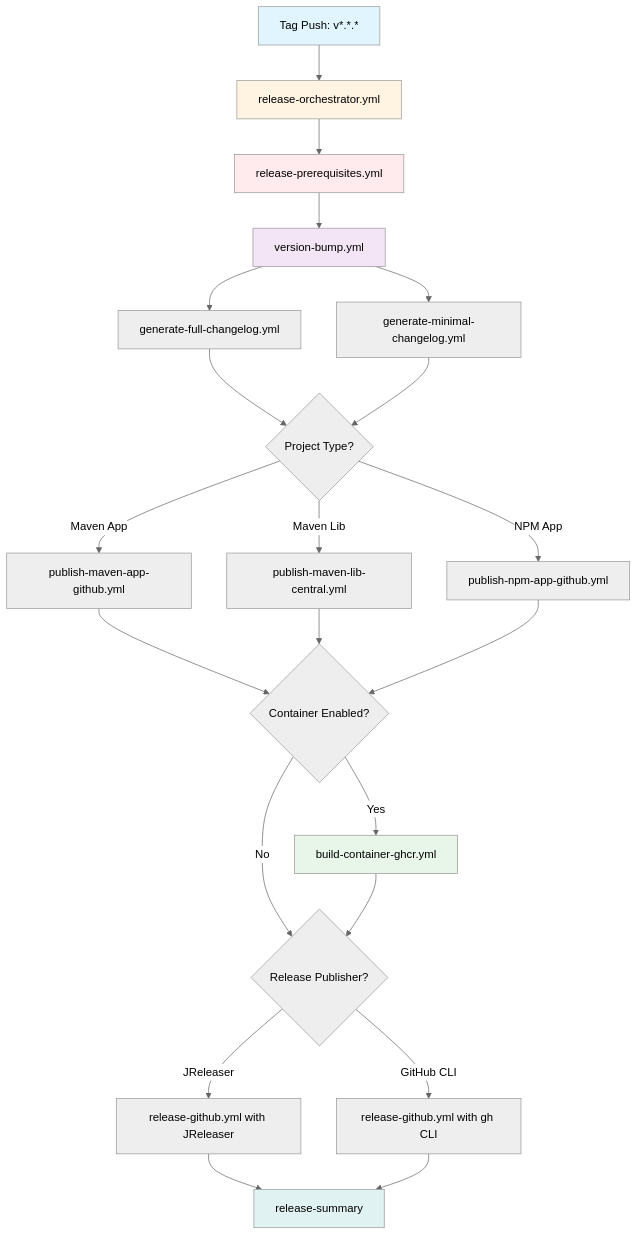
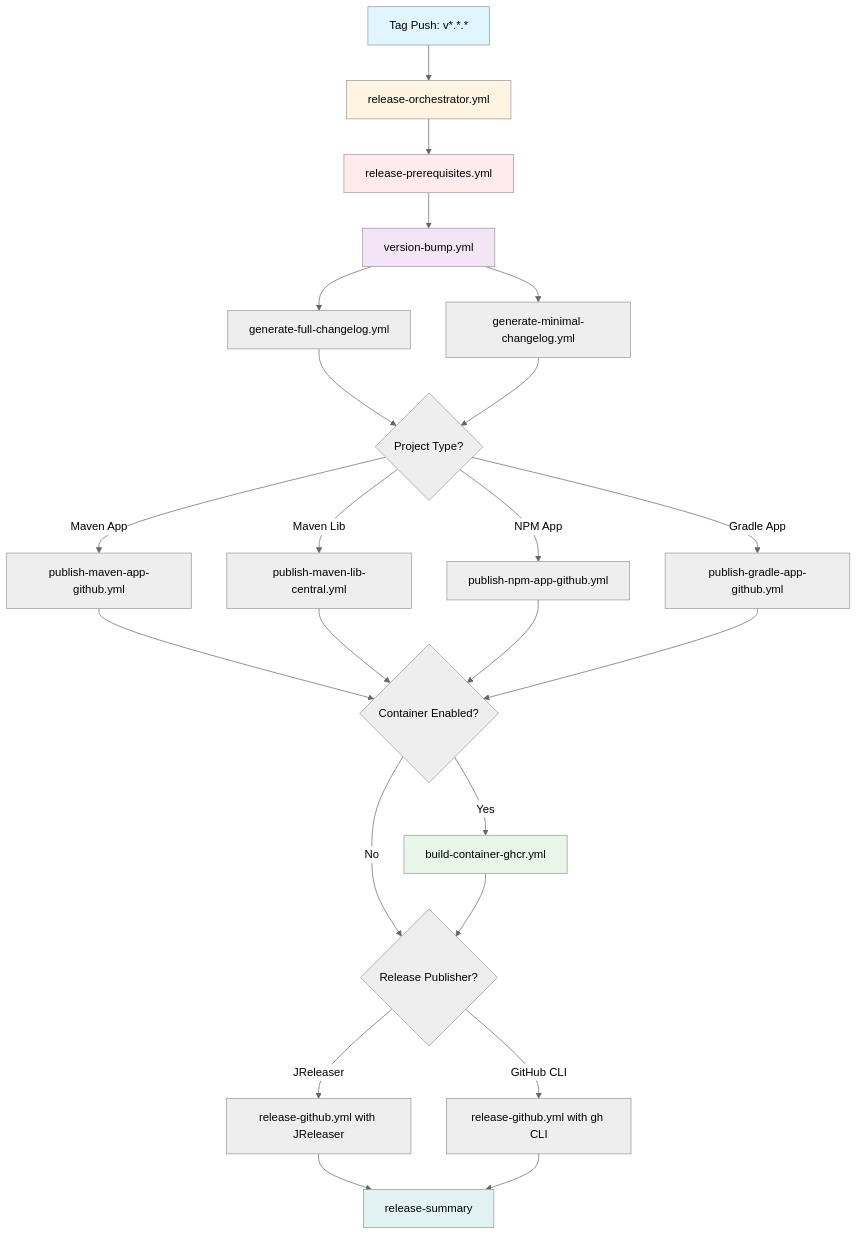
The second of 5 diagrams in docs/workflows.md (diggsweden/reusable-ci), drawn with Mermaid (neutral theme) before and after one commit. The commit also changed other lines of this file and 3 other files, not shown here.

````diff
--- a/docs/workflows.md
+++ b/docs/workflows.md
@@ -42,35 +42,37 @@
 ```mermaid
 graph TD
     A[Tag Push: v*.*.* ] --> B[release-orchestrator.yml]
     B --> C[release-prerequisites.yml]
     C --> D[version-bump.yml]
     D --> E1[generate-full-changelog.yml]
     D --> E2[generate-minimal-changelog.yml]
     E1 --> F{Project Type?}
     E2 --> F
 
     F -->|Maven App| G1[publish-maven-app-github.yml]
     F -->|Maven Lib| G2[publish-maven-lib-central.yml]
     F -->|NPM App| G3[publish-npm-app-github.yml]
+    F -->|Gradle App| G4[publish-gradle-app-github.yml]
 
     G1 --> H{Container Enabled?}
     G2 --> H
     G3 --> H
+    G4 --> H
 
     H -->|Yes| I[build-container-ghcr.yml]
     H -->|No| J{Release Publisher?}
     I --> J
 
     J -->|JReleaser| K1[release-github.yml with JReleaser]
     J -->|GitHub CLI| K2[release-github.yml with gh CLI]
 
     K1 --> L[release-summary]
     K2 --> L
 
     style A fill:#e1f5ff
     style B fill:#fff4e1
     style C fill:#ffebee
     style D fill:#f3e5f5
     style I fill:#e8f5e9
     style L fill:#e0f2f1
 ```
````
